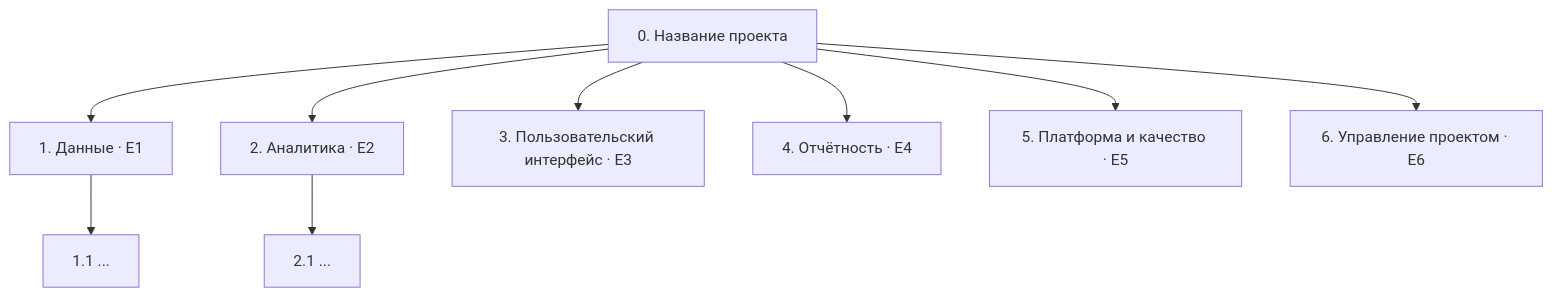
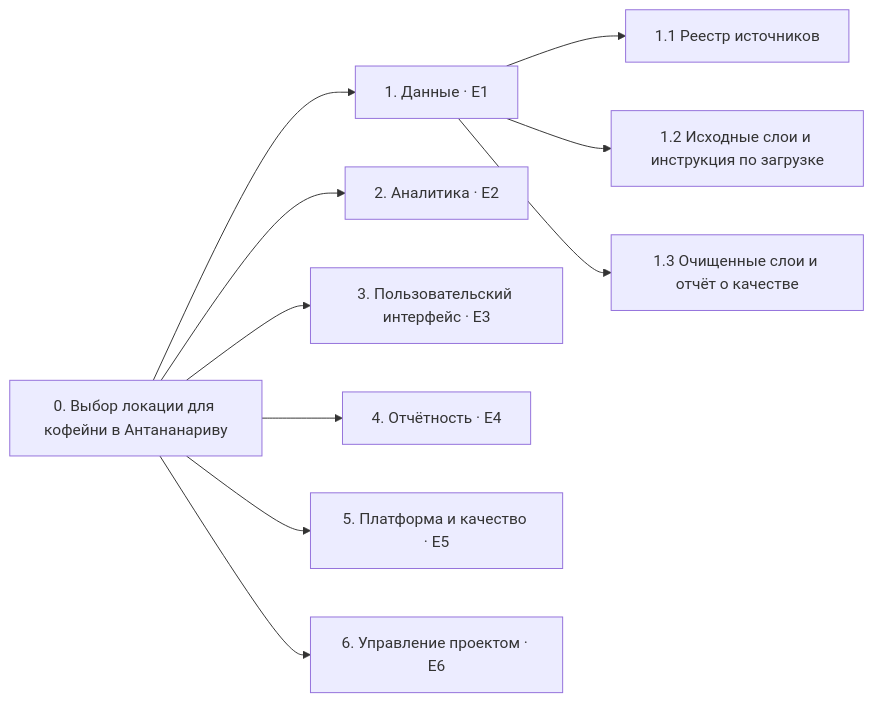
Before and after one commit to DedNadif/pm-lab-01-geomarket: the diagram in docs/wbs.md, drawn with Mermaid. The commit also changed other lines of this file, not shown here.

Commit message:
docs: add E1 data packages to WBS (#31)
Updated WBS to reflect project location selection and detailed work packages.

````diff
--- a/docs/wbs.md
+++ b/docs/wbs.md
@@ -7,12 +5,14 @@
 ```mermaid
-flowchart TD
-    P[0. Название проекта]
-    P --> D[1. Данные · E1]
-    P --> A[2. Аналитика · E2]
-    P --> U[3. Пользовательский интерфейс · E3]
-    P --> R[4. Отчётность · E4]
-    P --> Q[5. Платформа и качество · E5]
-    P --> M[6. Управление проектом · E6]
-    D --> D1[1.1 ...]
-    A --> A1[2.1 ...]
+flowchart LR
+    P["0. Выбор локации для кофейни в Антананариву"]
+    P --> D["1. Данные · E1"]
+    P --> A["2. Аналитика · E2"]
+    P --> U["3. Пользовательский интерфейс · E3"]
+    P --> R["4. Отчётность · E4"]
+    P --> Q["5. Платформа и качество · E5"]
+    P --> M["6. Управление проектом · E6"]
+
+    D --> D1["1.1 Реестр источников"]
+    D --> D2["1.2 Исходные слои и инструкция по загрузке"]
+    D --> D3["1.3 Очищенные слои и отчёт о качестве"]
 ```
````
